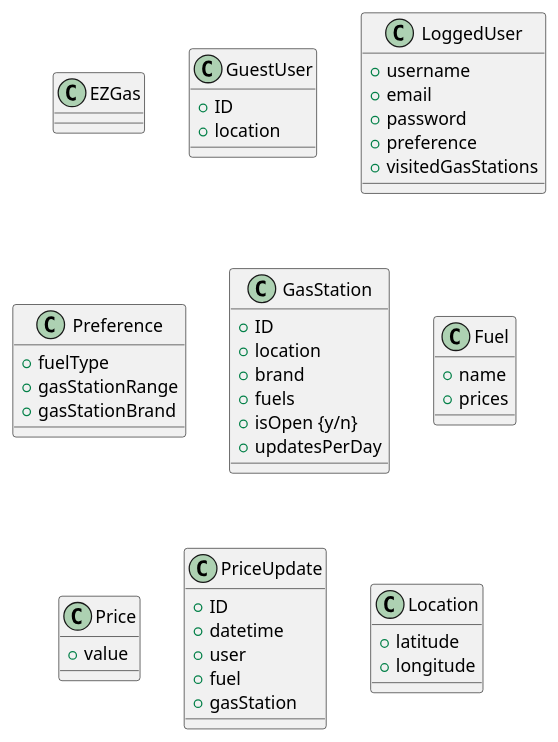
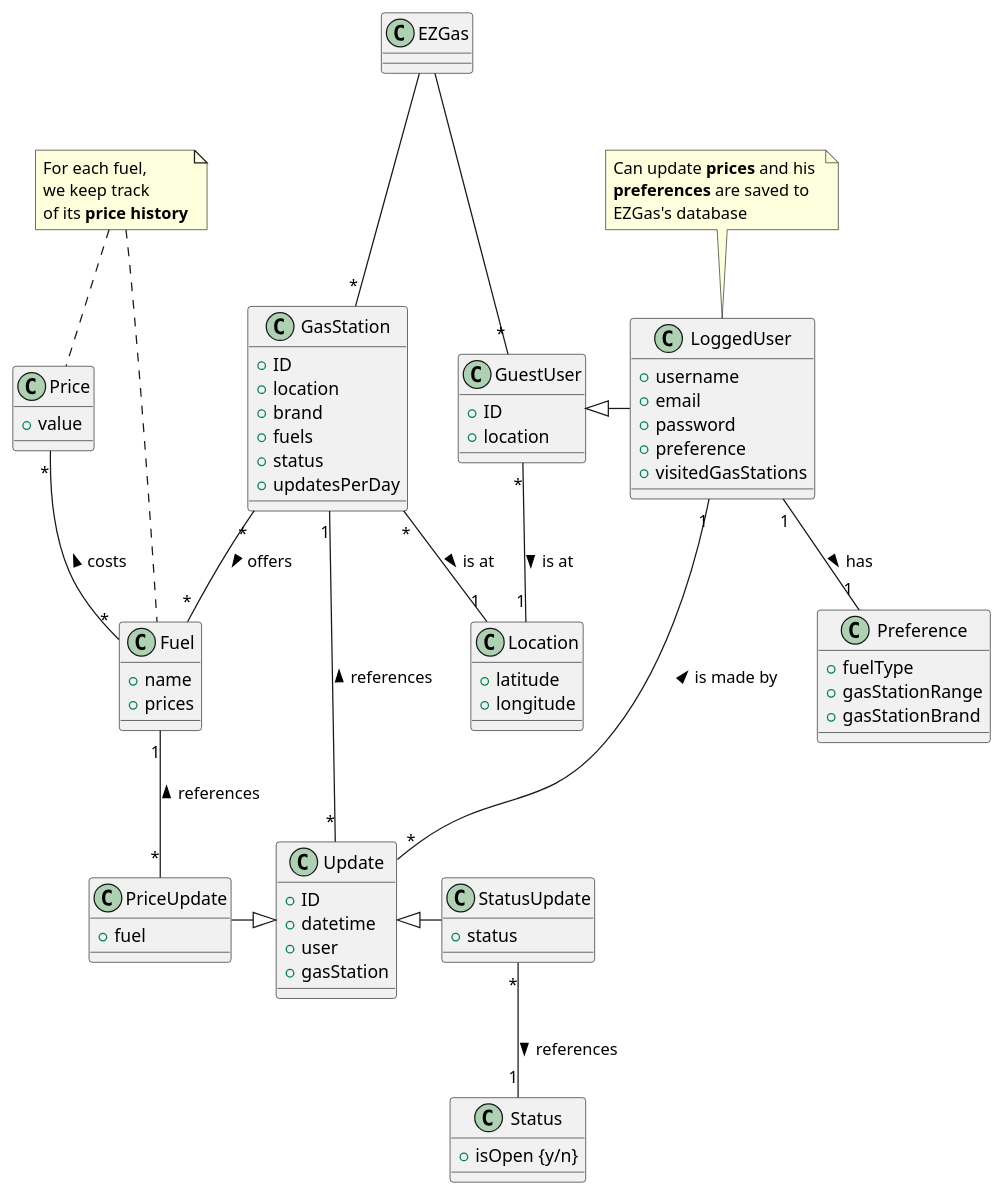
Before and after one commit to e-caste/SoftEng-EZGas: the third of 3 diagrams in docs/RequirementsDocument.md, drawn with PlantUML. The commit also changed other lines of this file, not shown here.

Commit message:
finish glossary

````diff
--- a/docs/RequirementsDocument.md
+++ b/docs/RequirementsDocument.md
@@ -322,4 +326,6 @@
 ```plantuml
+@startuml
+
 class EZGas
 
 class GuestUser {
@@ -346,7 +352,7 @@
 + location
 + brand
 + fuels
-+ isOpen {y/n}
++ status
 + updatesPerDay
 }
 
@@ -359,12 +365,23 @@
 + value
 }
 
-class PriceUpdate {
+class Update {
 + ID
 + datetime
 + user
++ gasStation
+}
+
+class PriceUpdate {
 + fuel
-+ gasStation
+}
+
+class StatusUpdate {
++ status
+}
+
+class Status {
++ isOpen {y/n}
 }
 
 class Location {
@@ -372,4 +389,41 @@
 + longitude
 }
 
+note as N1
+Can update <b>prices</b> and his 
+<b>preferences</b> are saved to 
+EZGas's database
+end note
+
+note as N2
+For each fuel, 
+we keep track 
+of its <b>price history</b>
+end note
+
+EZGas --- "*" GuestUser
+EZGas --- "*" GasStation
+
+GuestUser "*" -- "1" Location : is at >
+GasStation "*" -- "1" Location : is at >
+
+N1 .. LoggedUser
+LoggedUser -up|> GuestUser
+LoggedUser "1" -- "1" Preference : has >
+
+LoggedUser "1" -- "*" Update : is made by <
+GasStation "1" -- "*" Update : references <
+
+PriceUpdate -|> Update
+StatusUpdate -left|> Update
+
+Fuel "1" -- "*" PriceUpdate : references <
+Status "1" -up- "*" StatusUpdate : references <
+
+Fuel "*" -up- "*" GasStation : offers <
+Price "*" -- "*" Fuel : costs <
+N2 .. Fuel
+N2 .. Price
+
+@enduml
 ```
````
